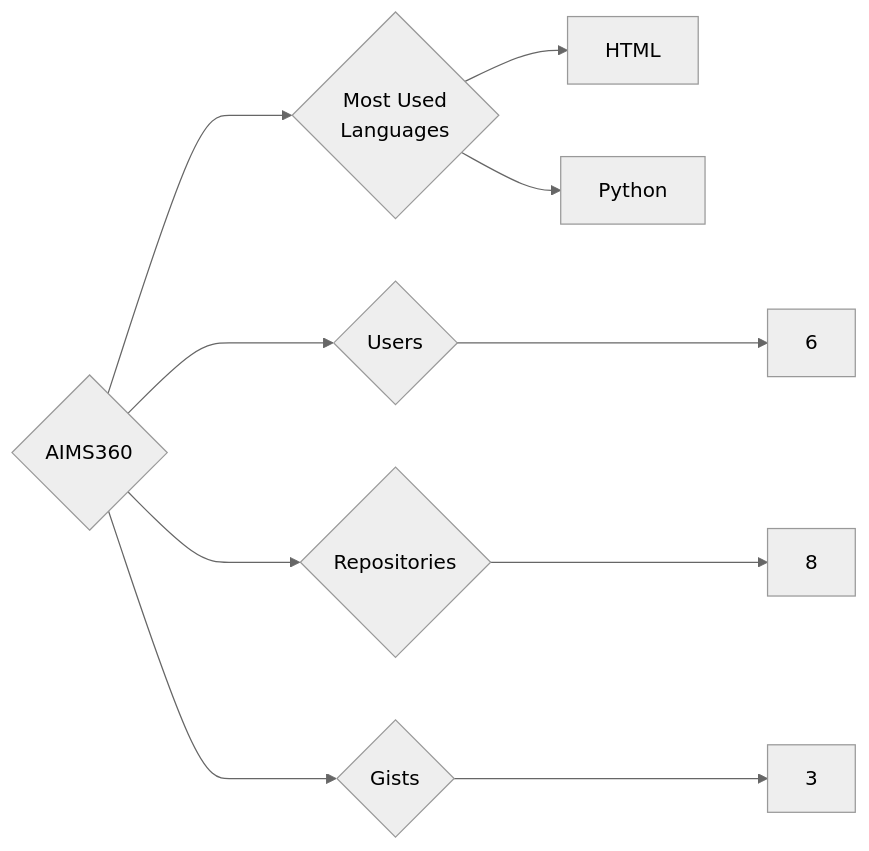
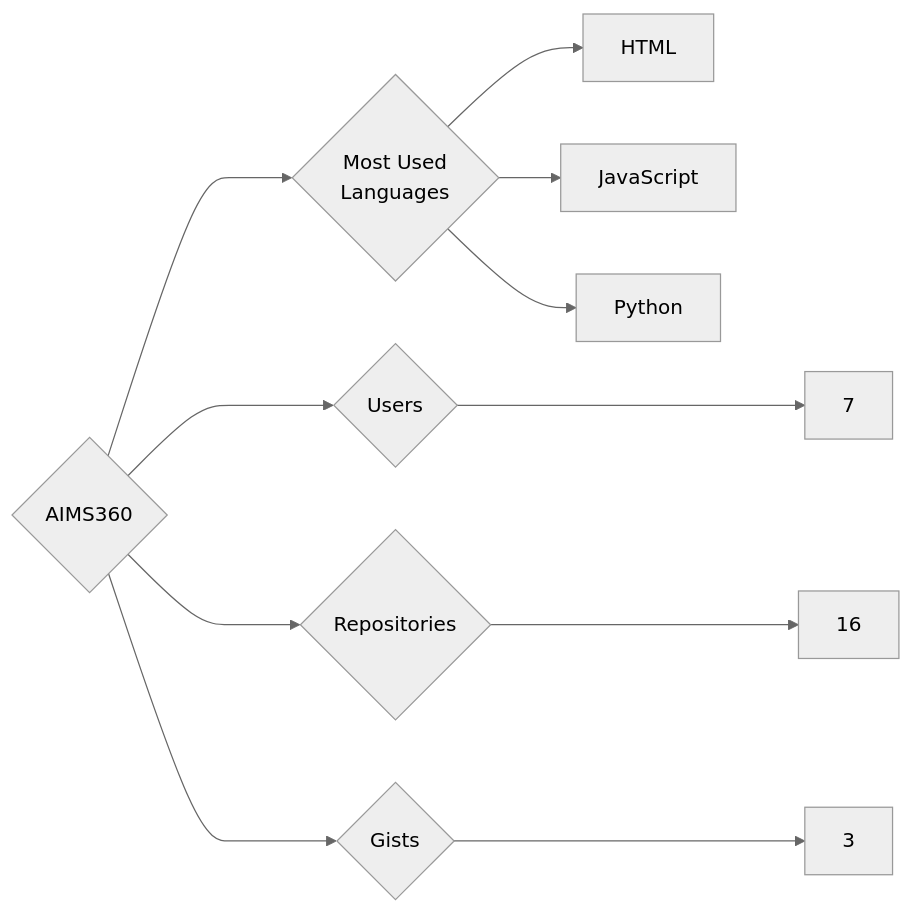
The diagram in targets/AIMS360/README.md (trickest/insiders), drawn with Mermaid (neutral theme) before and after one commit. The commit also changed 776 other files, not shown here.

````diff
--- a/targets/AIMS360/README.md
+++ b/targets/AIMS360/README.md
@@ -3,10 +3,11 @@
 ```mermaid
 graph LR
 COMPANY_NAME{AIMS360}
-COMPANY_NAME ---> U{Users} ---> UN[6]
-COMPANY_NAME ---> R{Repositories} ---> RN[8]
+COMPANY_NAME ---> U{Users} ---> UN[7]
+COMPANY_NAME ---> R{Repositories} ---> RN[16]
 COMPANY_NAME ---> G{Gists} ---> GN[3]
 COMPANY_NAME ---> ML{Most Used<br>Languages}
 ML --> HTML[HTML]
+ML --> JavaScript[JavaScript]
 ML --> Python[Python]
 ```
````
